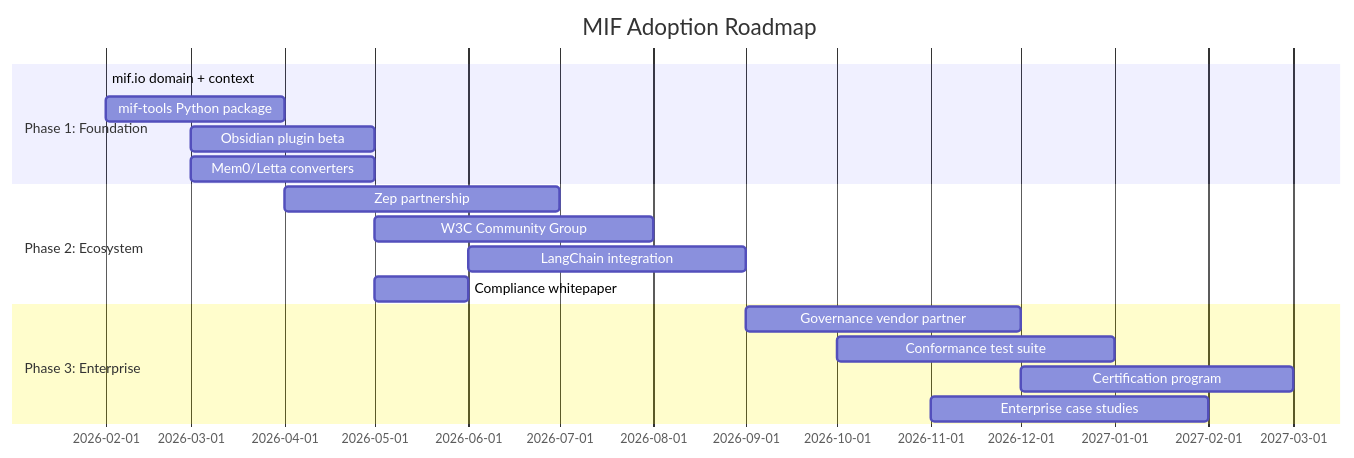
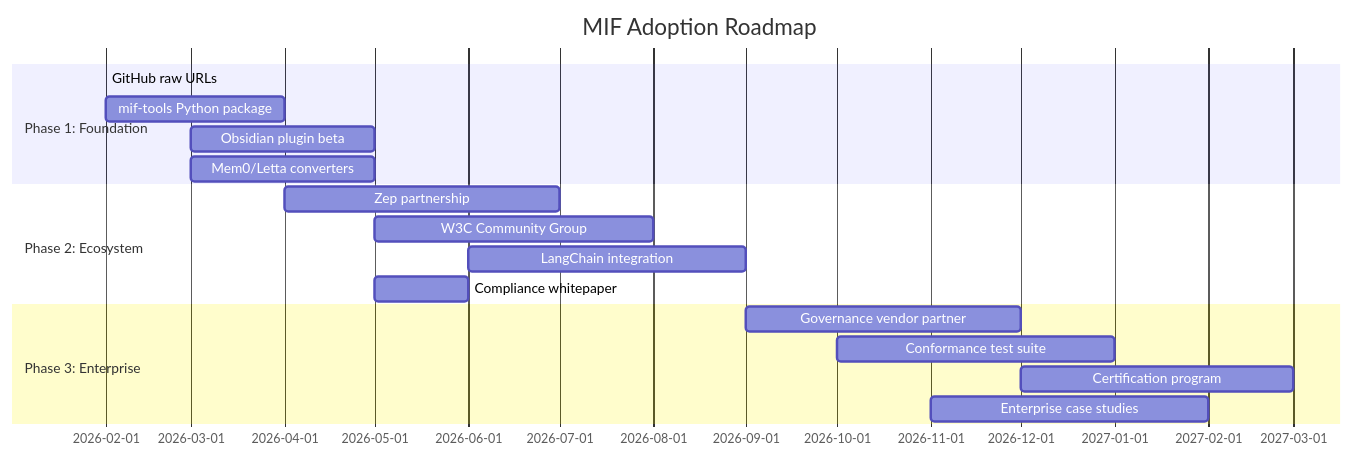
Before and after one commit to zircote/MIF: the fifth of 5 diagrams in reports/mif-memory-interchange-format/report.md, drawn with Mermaid. The commit also changed other lines of this file and 27 other files, not shown here.

Commit message:
Capture: MIF v0.1.0 Schema Improvements Blog Post

````diff
--- a/reports/mif-memory-interchange-format/report.md
+++ b/reports/mif-memory-interchange-format/report.md
@@ -654,20 +654,20 @@
 ```mermaid
 gantt
     title MIF Adoption Roadmap
     dateFormat  YYYY-MM
     section Phase 1: Foundation
-    mif.io domain + context     :2026-02, 2026-02
+    GitHub raw URLs     :2026-02, 2026-02
     mif-tools Python package    :2026-02, 2026-04
     Obsidian plugin beta        :2026-03, 2026-05
     Mem0/Letta converters       :2026-03, 2026-05
     section Phase 2: Ecosystem
     Zep partnership             :2026-04, 2026-07
     W3C Community Group         :2026-05, 2026-08
     LangChain integration       :2026-06, 2026-09
     Compliance whitepaper       :2026-05, 2026-06
     section Phase 3: Enterprise
     Governance vendor partner   :2026-09, 2026-12
     Conformance test suite      :2026-10, 2027-01
     Certification program       :2026-12, 2027-03
     Enterprise case studies     :2026-11, 2027-02
 ```
````
